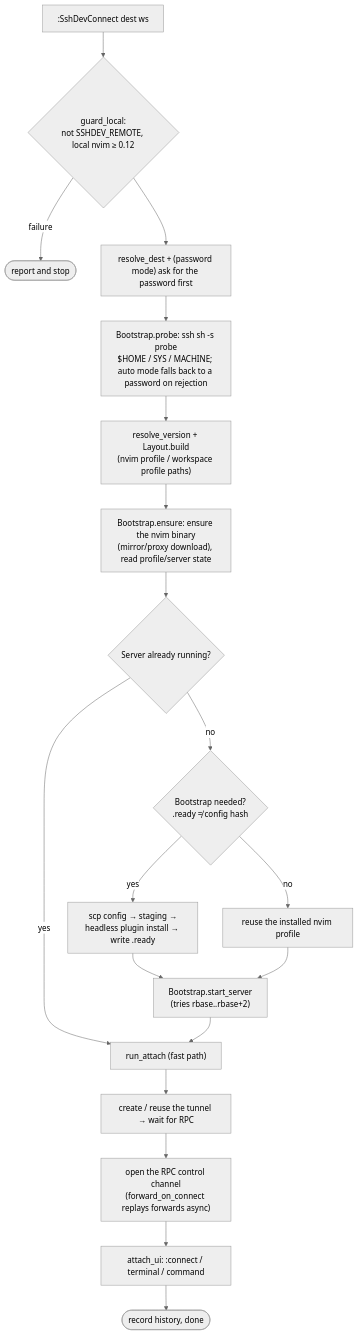
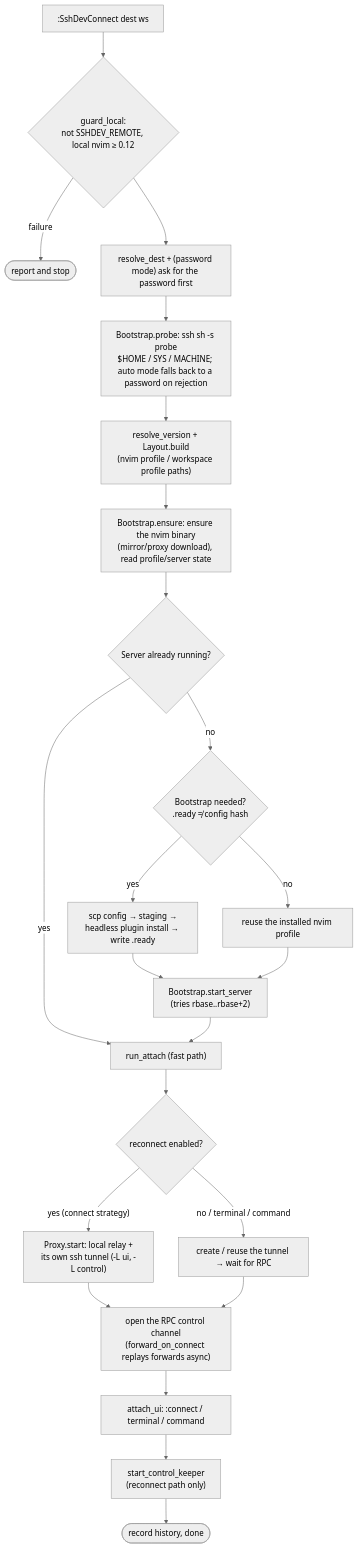
Before and after one commit to mistgc/sshdev.nvim: the first of 2 diagrams in docs/remote-connection.md, drawn with Mermaid (neutral theme). The commit also changed other lines of this file and 12 other files, not shown here.

First line of the commit message:
feat(reconnect): keep the UI alive across network drops

````diff
--- a/docs/remote-connection.md
+++ b/docs/remote-connection.md
@@ -139,21 +148,26 @@
 ```mermaid
 flowchart TD
     A[":SshDevConnect dest ws"] --> B{"guard_local:<br/>not SSHDEV_REMOTE, local nvim ≥ 0.12"}
     B -->|failure| ERR([report and stop])
     B --> C["resolve_dest + (password mode) ask for the password first"]
     C --> D["Bootstrap.probe: ssh sh -s probe<br/>$HOME / SYS / MACHINE; auto mode falls back to a password on rejection"]
     D --> E["resolve_version + Layout.build<br/>(nvim profile / workspace profile paths)"]
     E --> F["Bootstrap.ensure: ensure the nvim binary<br/>(mirror/proxy download), read profile/server state"]
     F --> G{"Server already running?"}
     G -->|"yes"| T["run_attach (fast path)"]
     G -->|"no"| H{"Bootstrap needed?<br/>.ready ≠ config hash"}
     H -->|"yes"| I["scp config → staging →<br/>headless plugin install → write .ready"]
     H -->|"no"| J["reuse the installed nvim profile"]
     I --> K["Bootstrap.start_server<br/>(tries rbase..rbase+2)"]
     J --> K
     K --> T
-    T --> TUN["create / reuse the tunnel → wait for RPC"]
-    TUN --> CTRL["open the RPC control channel<br/>(forward_on_connect replays forwards async)"]
+    T --> TUN{"reconnect enabled?"}
+    TUN -->|"yes (connect strategy)"| PXY["Proxy.start: local relay +<br/>its own ssh tunnel (-L ui, -L control)"]
+    PXY --> CTRL
+    TUN -->|"no / terminal / command"| TNL["create / reuse the tunnel → wait for RPC"]
+    TNL --> CTRL
+    CTRL["open the RPC control channel<br/>(forward_on_connect replays forwards async)"]
     CTRL --> ATT["attach_ui: :connect / terminal / command"]
-    ATT --> HIST([record history, done])
+    ATT --> KEEP["start_control_keeper<br/>(reconnect path only)"]
+    KEEP --> HIST([record history, done])
 ```
````
